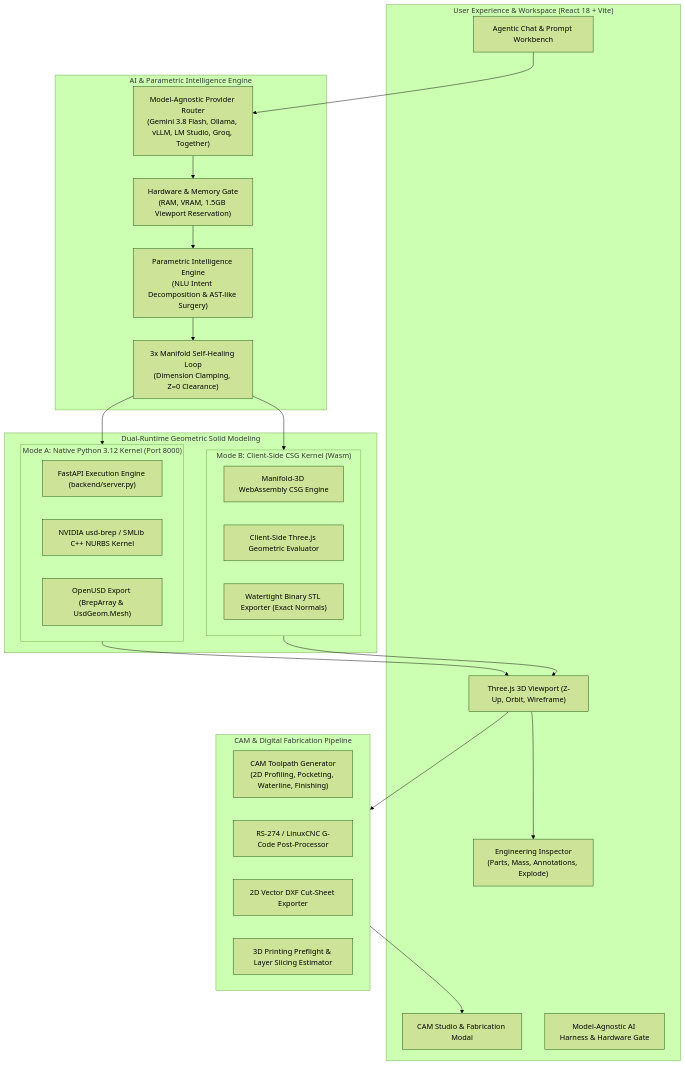
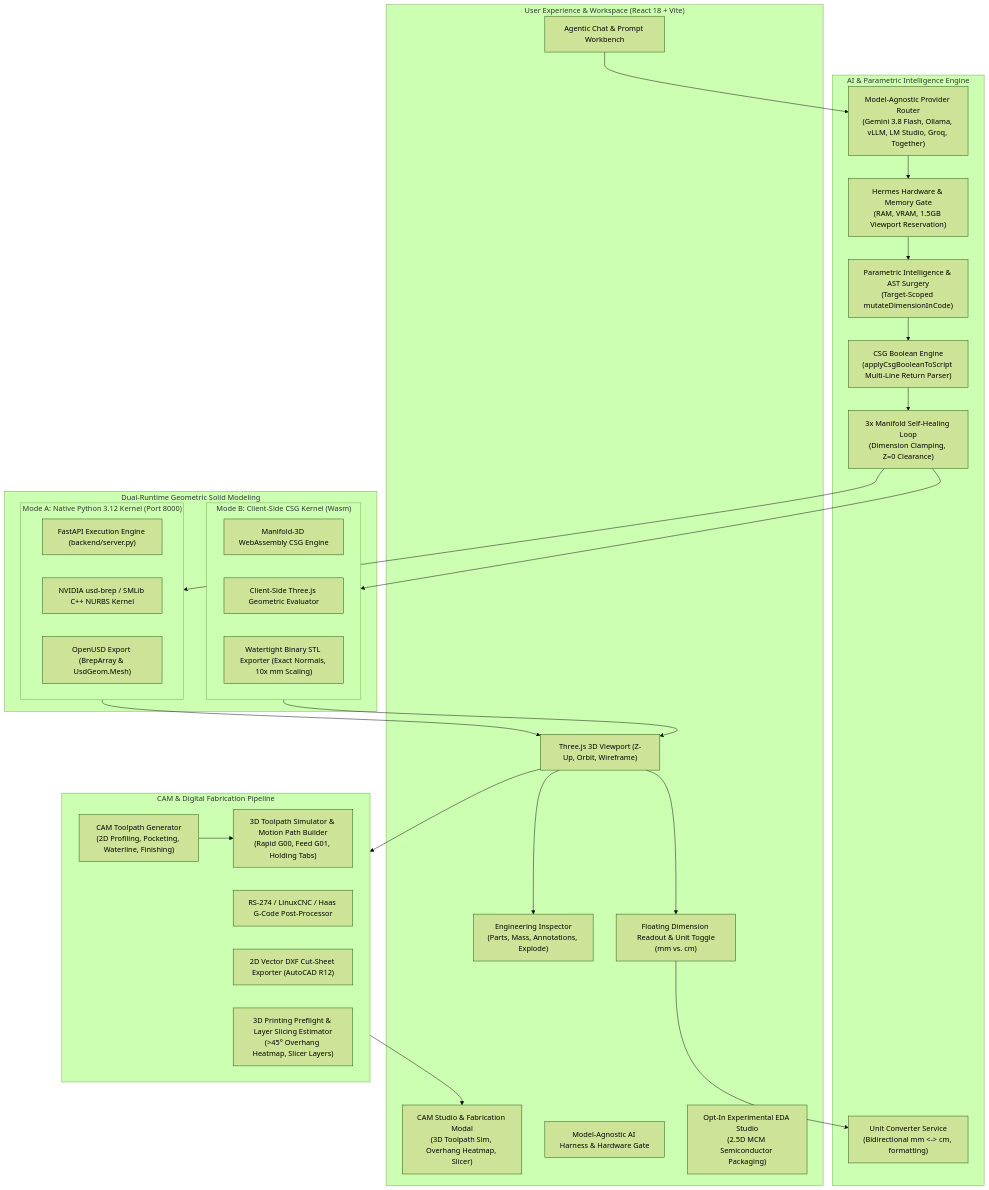
Before and after one commit to jimmyjdejesus-cmyk/agentic-cad-usd-brep: the first of 4 diagrams in docs/ARCHITECTURE.md, drawn with Mermaid (forest theme). The commit also changed other lines of this file and 11 other files, not shown here.

First line of the commit message:
docs(architecture): sync README, subsystem diagrams, manifest, and roadmap exit criteria (#42)

````diff
--- a/docs/ARCHITECTURE.md
+++ b/docs/ARCHITECTURE.md
@@ -7,49 +7,58 @@
 ```mermaid
 flowchart TD
     subgraph UI_Layer["User Experience & Workspace (React 18 + Vite)"]
         UI_Prompt["Agentic Chat & Prompt Workbench"]
         UI_Tabs["Engineering Inspector\n(Parts, Mass, Annotations, Explode)"]
         UI_Viewport["Three.js 3D Viewport (Z-Up, Orbit, Wireframe)"]
-        UI_CAM["CAM Studio & Fabrication Modal"]
+        UI_Dim["Floating Dimension Readout & Unit Toggle\n(mm vs. cm)"]
+        UI_CAM["CAM Studio & Fabrication Modal\n(3D Toolpath Sim, Overhang Heatmap, Slicer)"]
         UI_Harness["Model-Agnostic AI Harness & Hardware Gate"]
+        UI_EDA["Opt-In Experimental EDA Studio\n(2.5D MCM Semiconductor Packaging)"]
     end
 
     subgraph Intelligence_Layer["AI & Parametric Intelligence Engine"]
         Router["Model-Agnostic Provider Router\n(Gemini 3.8 Flash, Ollama, vLLM, LM Studio, Groq, Together)"]
-        HardwareGate["Hardware & Memory Gate\n(RAM, VRAM, 1.5GB Viewport Reservation)"]
-        AST_Surgery["Parametric Intelligence Engine\n(NLU Intent Decomposition & AST-like Surgery)"]
+        HardwareGate["Hermes Hardware & Memory Gate\n(RAM, VRAM, 1.5GB Viewport Reservation)"]
+        AST_Surgery["Parametric Intelligence & AST Surgery\n(Target-Scoped mutateDimensionInCode)"]
+        CSG_Engine["CSG Boolean Engine\n(applyCsgBooleanToScript Multi-Line Return Parser)"]
         SelfHealing["3x Manifold Self-Healing Loop\n(Dimension Clamping, Z=0 Clearance)"]
+        UnitConverter["Unit Converter Service\n(Bidirectional mm <-> cm, formatting)"]
     end
 
     subgraph Kernel_Layer["Dual-Runtime Geometric Solid Modeling"]
         subgraph Mode_A["Mode A: Native Python 3.12 Kernel (Port 8000)"]
             PyFastAPI["FastAPI Execution Engine (backend/server.py)"]
             SMLib["NVIDIA usd-brep / SMLib C++ NURBS Kernel"]
             UsdExport["OpenUSD Export (BrepArray & UsdGeom.Mesh)"]
         end
         subgraph Mode_B["Mode B: Client-Side CSG Kernel (Wasm)"]
             ManifoldWasm["Manifold-3D WebAssembly CSG Engine"]
             ThreeSynth["Client-Side Three.js Geometric Evaluator"]
-            StlExport["Watertight Binary STL Exporter (Exact Normals)"]
+            StlExport["Watertight Binary STL Exporter (Exact Normals, 10x mm Scaling)"]
         end
     end
 
     subgraph Manufacturing_Layer["CAM & Digital Fabrication Pipeline"]
         Toolpaths["CAM Toolpath Generator\n(2D Profiling, Pocketing, Waterline, Finishing)"]
-        GCode["RS-274 / LinuxCNC G-Code Post-Processor"]
-        DXF["2D Vector DXF Cut-Sheet Exporter"]
-        Slicer["3D Printing Preflight & Layer Slicing Estimator"]
+        SimToolpaths["3D Toolpath Simulator & Motion Path Builder\n(Rapid G00, Feed G01, Holding Tabs)"]
+        GCode["RS-274 / LinuxCNC / Haas G-Code Post-Processor"]
+        DXF["2D Vector DXF Cut-Sheet Exporter (AutoCAD R12)"]
+        Slicer["3D Printing Preflight & Layer Slicing Estimator\n(>45° Overhang Heatmap, Slicer Layers)"]
     end
 
     UI_Prompt --> Router
     Router --> HardwareGate
     HardwareGate --> AST_Surgery
-    AST_Surgery --> SelfHealing
+    AST_Surgery --> CSG_Engine
+    CSG_Engine --> SelfHealing
     SelfHealing --> Mode_A
     SelfHealing --> Mode_B
     Mode_A --> UI_Viewport
     Mode_B --> UI_Viewport
+    UI_Viewport --> UI_Dim
+    UI_Dim --> UnitConverter
     UI_Viewport --> UI_Tabs
     UI_Viewport --> Manufacturing_Layer
     Manufacturing_Layer --> UI_CAM
+    Toolpaths --> SimToolpaths
 ```
````
